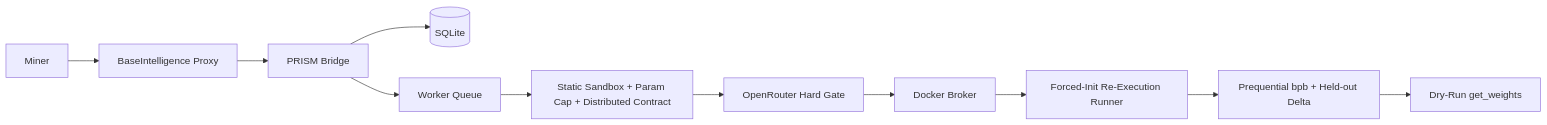
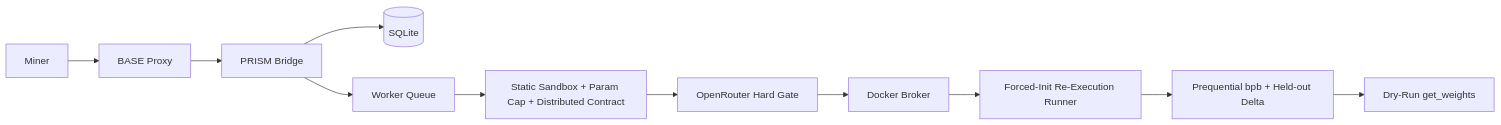
The diagram in prism/how-it-works.mdx (BaseIntelligence/docs), drawn with Mermaid before and after one commit. The commit also changed other lines of this file and 45 other files, not shown here.

First line of the commit message:
docs(brand): rename brand to BASE; keep github.com/BaseIntelligence org URLs

````diff
--- a/prism/how-it-works.mdx
+++ b/prism/how-it-works.mdx
@@ -13,13 +13,13 @@
 ```mermaid
 flowchart LR
-    Miner[Miner] --> Proxy[BaseIntelligence Proxy]
+    Miner[Miner] --> Proxy[BASE Proxy]
     Proxy --> Bridge[PRISM Bridge]
     Bridge --> DB[(SQLite)]
     Bridge --> Queue[Worker Queue]
     Queue --> Static[Static Sandbox + Param Cap + Distributed Contract]
     Static --> LLM[OpenRouter Hard Gate]
     LLM --> Broker[Docker Broker]
     Broker --> Reexec[Forced-Init Re-Execution Runner]
     Reexec --> Score[Prequential bpb + Held-out Delta]
     Score --> Weights[Dry-Run get_weights]
 ```
````
